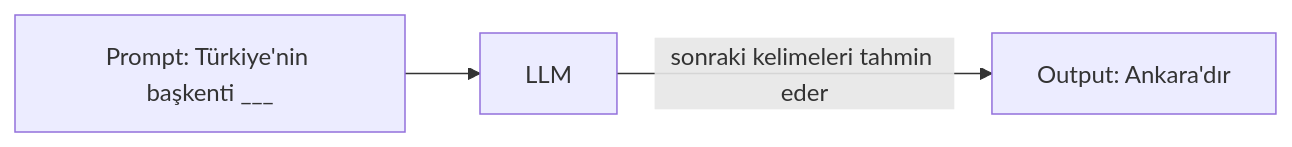
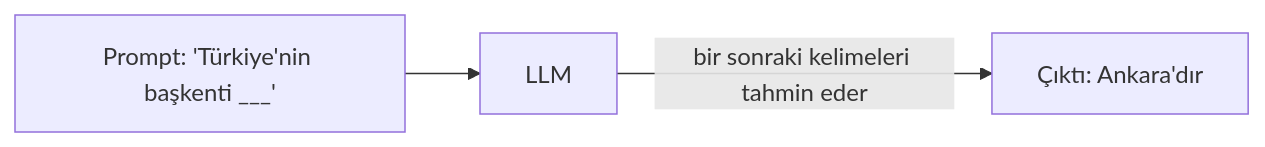
Before and after one commit to lokumai/ai-engineering-bazaar: the first of 3 diagrams in mini-courses/1_fundamentals/llms_tr.md, drawn with Mermaid. The commit also changed other lines of this file and 63 other files, not shown here.

````diff
--- a/mini-courses/1_fundamentals/llms_tr.md
+++ b/mini-courses/1_fundamentals/llms_tr.md
@@ -19,5 +13,5 @@
 ```mermaid
 graph LR
-    A["Prompt: Türkiye'nin başkenti ___"] --> B[LLM]
-    B -->|sonraki kelimeleri tahmin eder| C["Output: Ankara'dır"]
+    A["Prompt: 'Türkiye'nin başkenti ___'"] --> B[LLM]
+    B -->|bir sonraki kelimeleri tahmin eder| C["Çıktı: Ankara'dır"]
 ```
````
